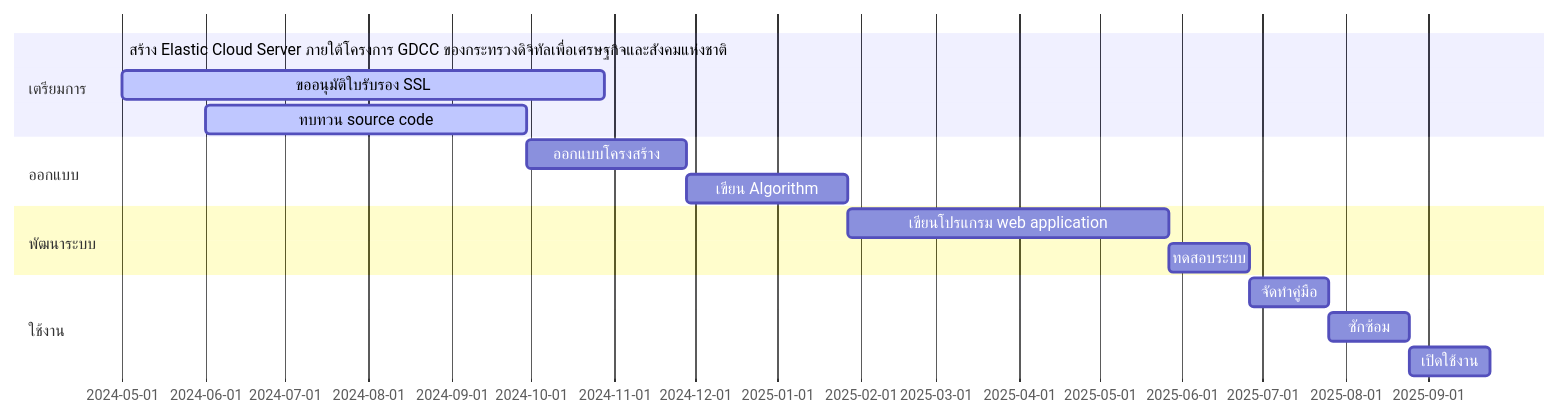
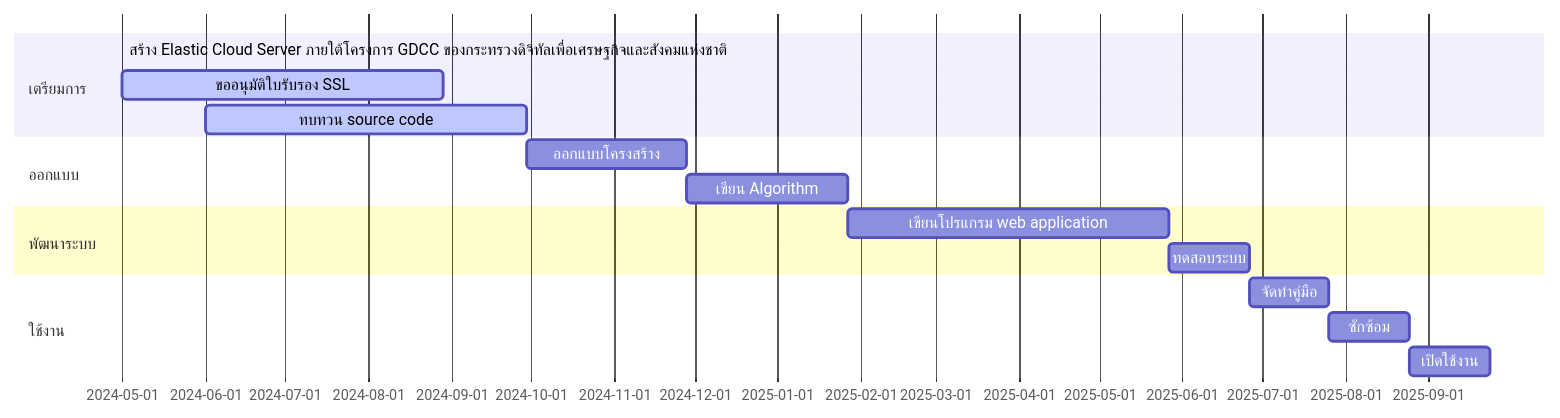
Before and after one commit to Kietpawpan/e-tracking: the first of 2 diagrams in README.md, drawn with Mermaid.

````diff
--- a/README.md
+++ b/README.md
@@ -10,19 +10,19 @@
 ```mermaid
 gantt
     section เตรียมการ
     สร้าง Elastic Cloud Server ภายใต้โครงการ GDCC ของกระทรวงดิจิทัลเพื่อเศรษฐกิจและสังคมแห่งชาติ :done,    des1, 2024-05-01,2024-05-30
-    ขออนุมัติใบรับรอง SSL       :active, des2, after des1, 180d
+    ขออนุมัติใบรับรอง SSL       :active, des2, after des1, 120d
     ทบทวน source code  :   active, des3, 2024-06-01, 120d
     section ออกแบบ
     ออกแบบโครงสร้าง  :         des4, after des3, 60d
     เขียน Algorithm:   des5, after des4, 60d
     section พัฒนาระบบ
     เขียนโปรแกรม web application  :  des6, after des5, 120d
     ทดสอบระบบ:des7, after des6, 30d
    section ใช้งาน
     จัดทำคู่มือ  :         des8, after des7, 30d
     ซักซ้อม :         des9, after des8, 30d
       เปิดใช้งาน: des10, after des9, 30d
 
 
 ```
````
